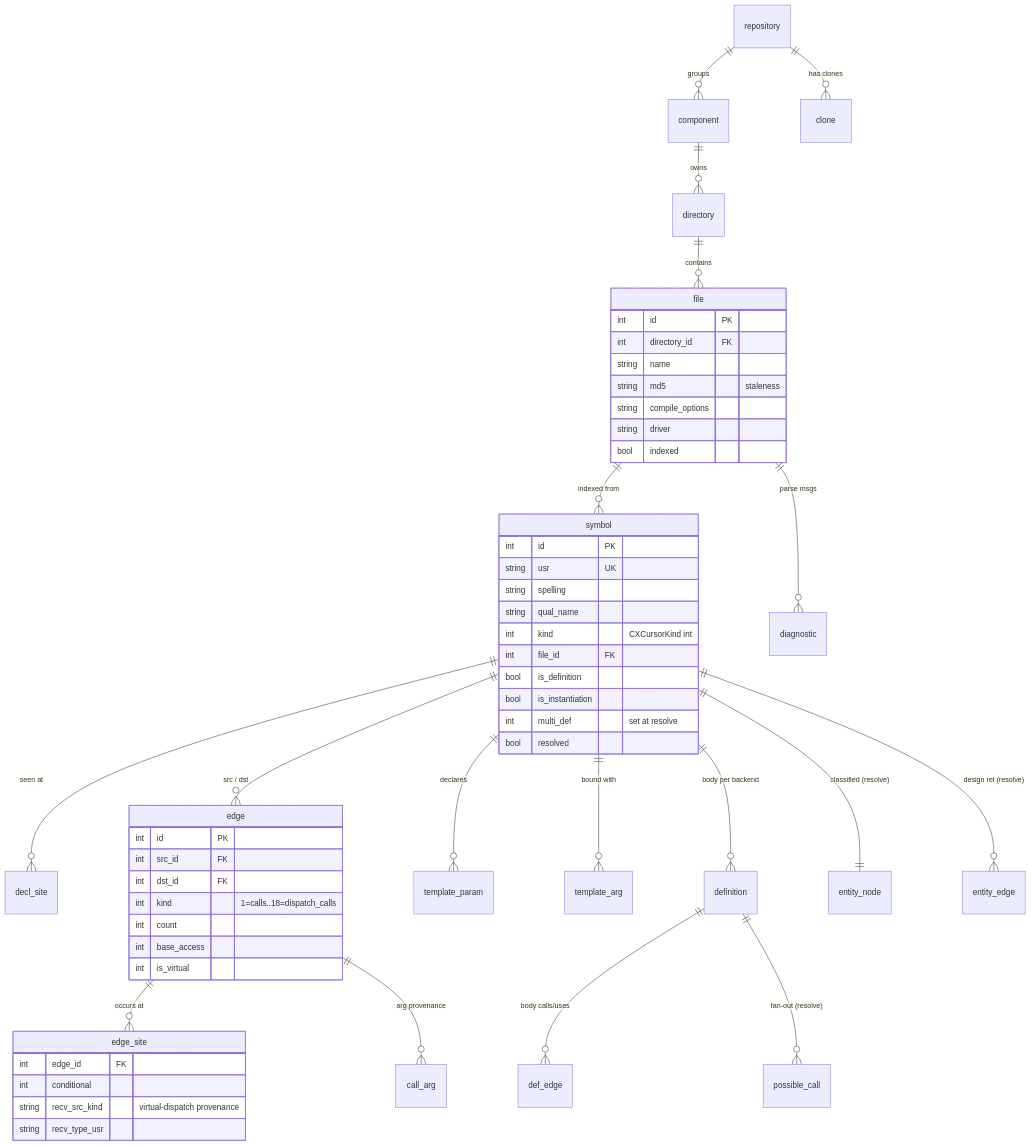
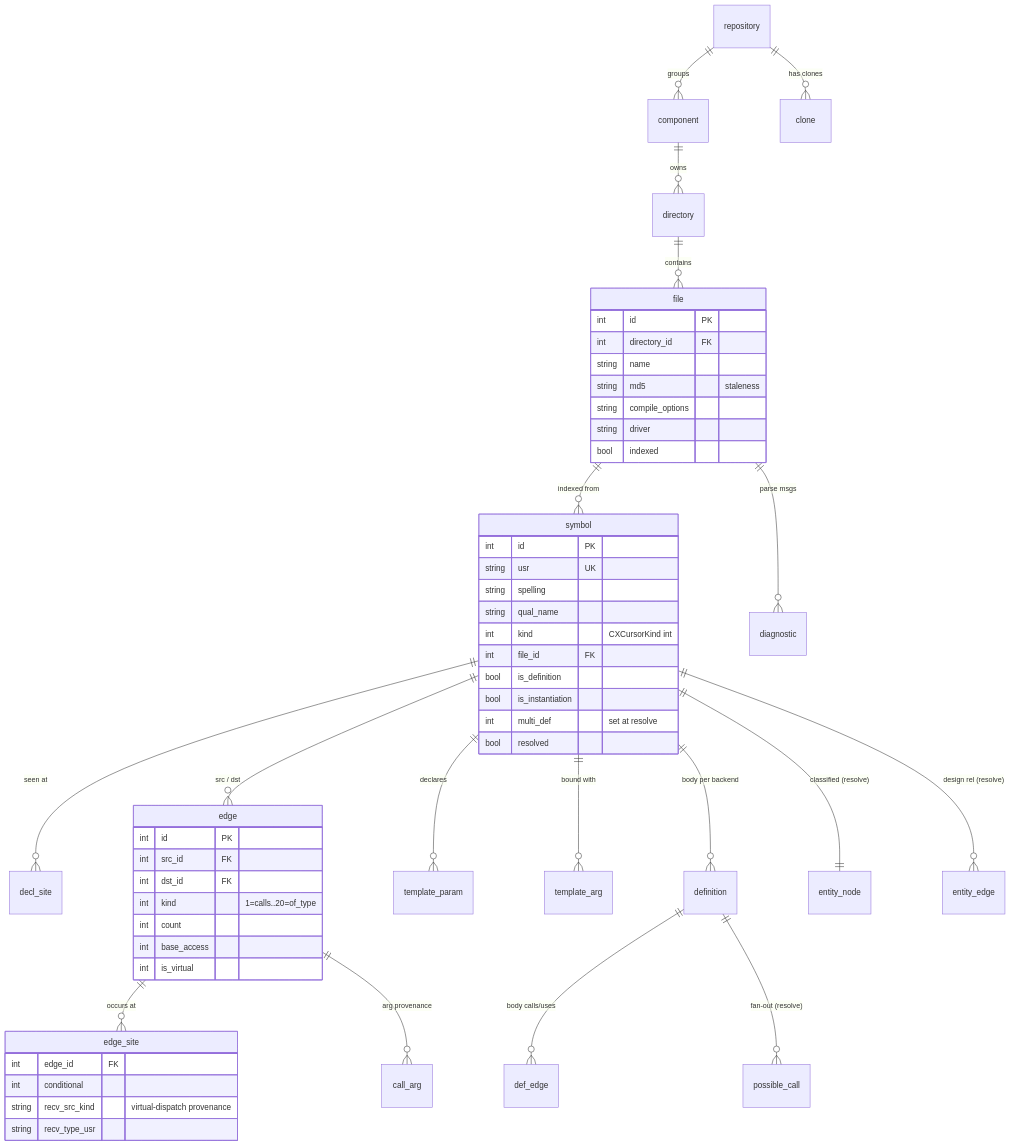
One commit to husams/cpp-indexer changed the diagram in docs/data-model.md. Above: the diagram before and after it, drawn with Mermaid. The commit also changed other lines of this file and 43 other files, not shown here.

First line of the commit message:
Split overloaded uses(7) into alias_of(19) and of_type(20) (schema v34)

````diff
--- a/docs/data-model.md
+++ b/docs/data-model.md
@@ -14,60 +14,60 @@
 ```mermaid
 erDiagram
     repository  ||--o{ component   : groups
     repository  ||--o{ clone       : "has clones"
     component   ||--o{ directory   : owns
     directory   ||--o{ file        : contains
     file        ||--o{ symbol      : "indexed from"
     file        ||--o{ diagnostic  : "parse msgs"
 
     symbol      ||--o{ decl_site   : "seen at"
     symbol      ||--o{ edge        : "src / dst"
     edge        ||--o{ edge_site   : "occurs at"
     edge        ||--o{ call_arg    : "arg provenance"
     symbol      ||--o{ template_param : declares
     symbol      ||--o{ template_arg  : "bound with"
 
     symbol      ||--o{ definition  : "body per backend"
     definition  ||--o{ def_edge    : "body calls/uses"
     definition  ||--o{ possible_call: "fan-out (resolve)"
 
     symbol      ||--|| entity_node : "classified (resolve)"
     symbol      ||--o{ entity_edge : "design rel (resolve)"
 
     symbol {
         int id PK
         string usr UK
         string spelling
         string qual_name
         int kind "CXCursorKind int"
         int file_id FK
         bool is_definition
         bool is_instantiation
         int multi_def "set at resolve"
         bool resolved
     }
     edge {
         int id PK
         int src_id FK
         int dst_id FK
-        int kind "1=calls..18=dispatch_calls"
+        int kind "1=calls..20=of_type"
         int count
         int base_access
         int is_virtual
     }
     edge_site {
         int edge_id FK
         int conditional
         string recv_src_kind "virtual-dispatch provenance"
         string recv_type_usr
     }
     file {
         int id PK
         int directory_id FK
         string name
         string md5 "staleness"
         string compile_options
         string driver
         bool indexed
     }
 ```
````
